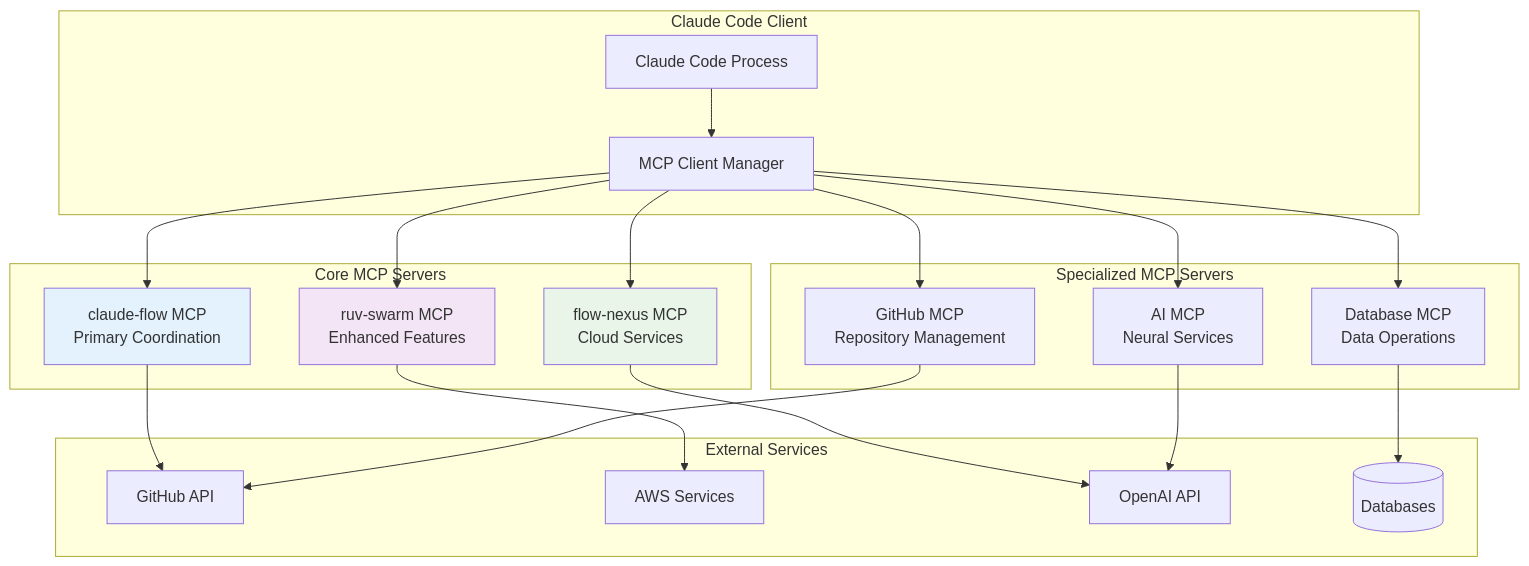
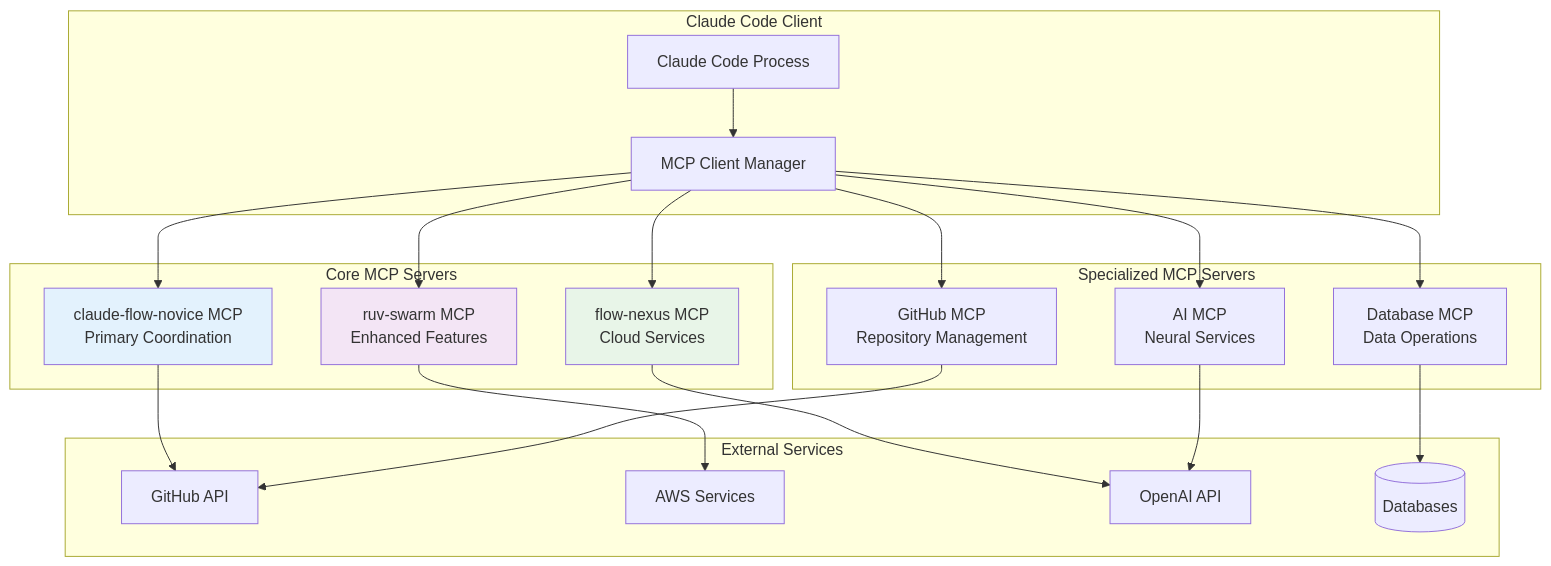
One commit to masharratt/claude-flow-novice changed the fourth of 13 diagrams in wiki/core-concepts/integration.md. Above: the diagram before and after it, drawn with Mermaid. The commit also changed other lines of this file and 409 other files, not shown here.

````diff
--- a/wiki/core-concepts/integration.md
+++ b/wiki/core-concepts/integration.md
@@ -137,45 +137,45 @@
 ```mermaid
 graph TB
     subgraph "Claude Code Client"
         CCC[Claude Code Process]
         MCPClient[MCP Client Manager]
     end
 
     subgraph "Core MCP Servers"
-        CFMCP[claude-flow MCP<br/>Primary Coordination]
+        CFMCP[claude-flow-novice MCP<br/>Primary Coordination]
         RSMCP[ruv-swarm MCP<br/>Enhanced Features]
         FNMCP[flow-nexus MCP<br/>Cloud Services]
     end
 
     subgraph "Specialized MCP Servers"
         GHMCP[GitHub MCP<br/>Repository Management]
         DBMCP[Database MCP<br/>Data Operations]
         AIMCP[AI MCP<br/>Neural Services]
     end
 
     subgraph "External Services"
         GH[GitHub API]
         AWS[AWS Services]
         OPENAI[OpenAI API]
         DB[(Databases)]
     end
 
     CCC --> MCPClient
     MCPClient --> CFMCP
     MCPClient --> RSMCP
     MCPClient --> FNMCP
     MCPClient --> GHMCP
     MCPClient --> DBMCP
     MCPClient --> AIMCP
 
     CFMCP --> GH
     RSMCP --> AWS
     FNMCP --> OPENAI
     GHMCP --> GH
     DBMCP --> DB
     AIMCP --> OPENAI
 
     style CFMCP fill:#e3f2fd
     style RSMCP fill:#f3e5f5
     style FNMCP fill:#e8f5e8
 ```
````
